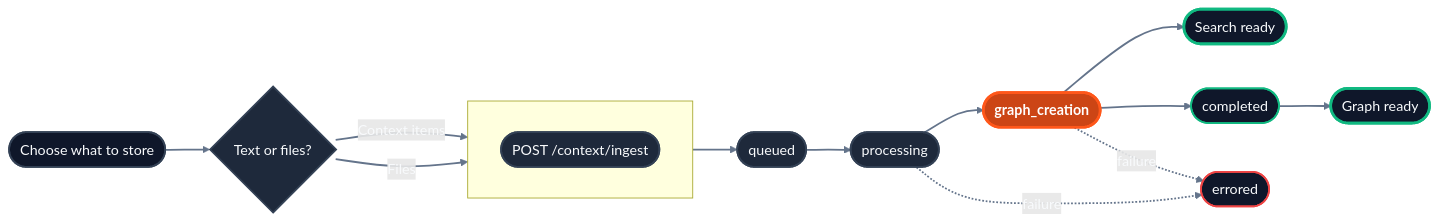
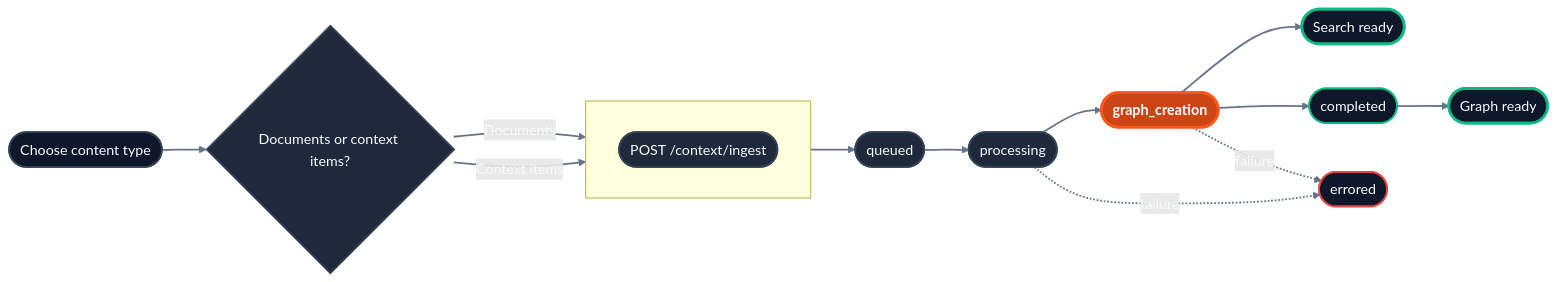
The diagram in api-reference/v2/endpoint/context-overview.mdx (hydra-db/mintlify-docs), drawn with Mermaid before and after one commit. The commit also changed other lines of this file and 20 other files, not shown here.

````diff
--- a/api-reference/v2/endpoint/context-overview.mdx
+++ b/api-reference/v2/endpoint/context-overview.mdx
@@ -39,34 +39,34 @@
 ```mermaid
 flowchart LR
-    A([Choose what to store]) --> B{Text or files?}
+    A([Choose content type]) --> B{Documents or context items?}
 
     subgraph Ingestion [" "]
       direction LR
       SI([POST /context/ingest])
     end
 
+    B -- Documents --> SI
     B -- Context items --> SI
-    B -- Files --> SI
 
     SI --> Q([queued])
     Q --> P([processing])
     P --> G([graph_creation])
     G --> R([Search ready])
     G --> C([completed])
     C --> GR([Graph ready])
 
     P -. failure .-> E([errored])
     G -. failure .-> E
 
     linkStyle default stroke:#64748b,stroke-width:2px,color:#f8fafc
     style A fill:#0f172a,stroke:#334155,stroke-width:2px,color:#f8fafc
     style B fill:#1e293b,stroke:#334155,stroke-width:2px,color:#f8fafc
     style SI fill:#1e293b,stroke:#334155,stroke-width:2px,color:#f8fafc
     style Q fill:#1e293b,stroke:#334155,stroke-width:2px,color:#f8fafc
     style P fill:#1e293b,stroke:#334155,stroke-width:2px,color:#f8fafc
     style G fill:#CC4515,stroke:#FF571A,stroke-width:3px,color:#ffffff,font-weight:bold
     style C fill:#0f172a,stroke:#10b981,stroke-width:2px,color:#f8fafc
     style R fill:#0f172a,stroke:#10b981,stroke-width:3px,color:#f8fafc
     style GR fill:#0f172a,stroke:#10b981,stroke-width:3px,color:#f8fafc
     style E fill:#0f172a,stroke:#ef4444,stroke-width:2px,color:#f8fafc
 ```
````
